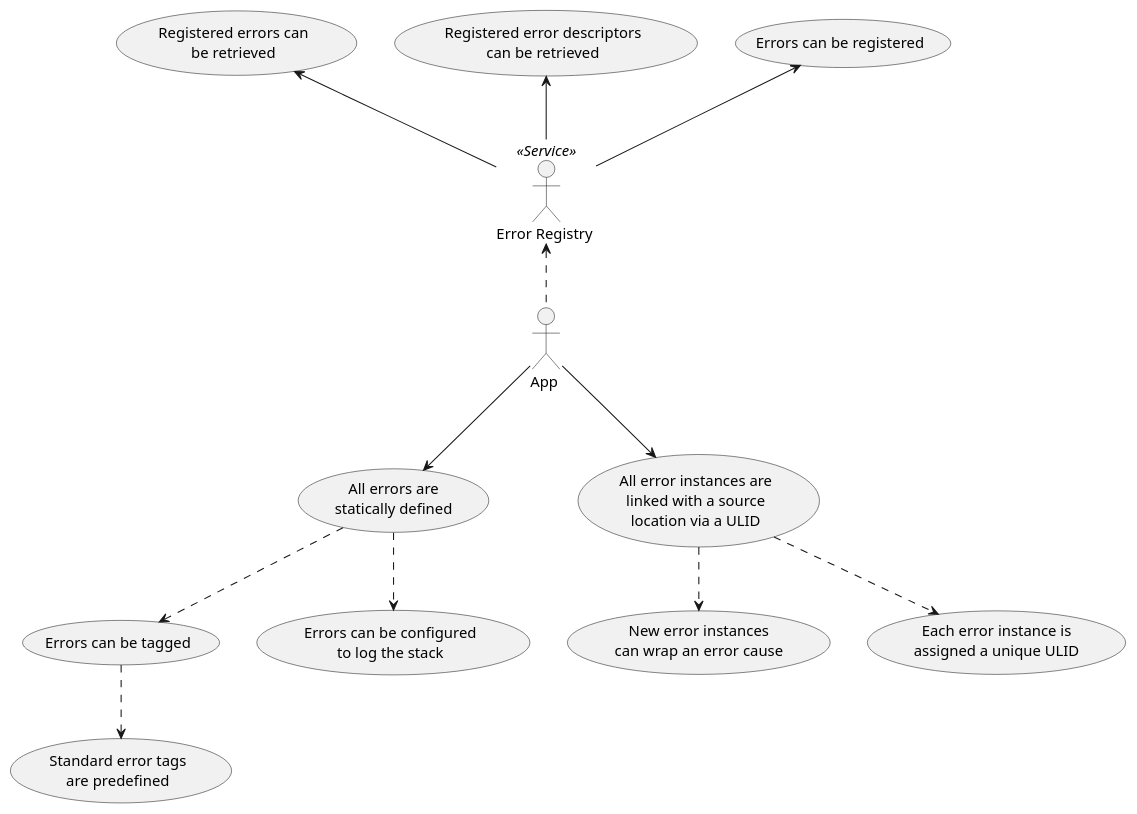
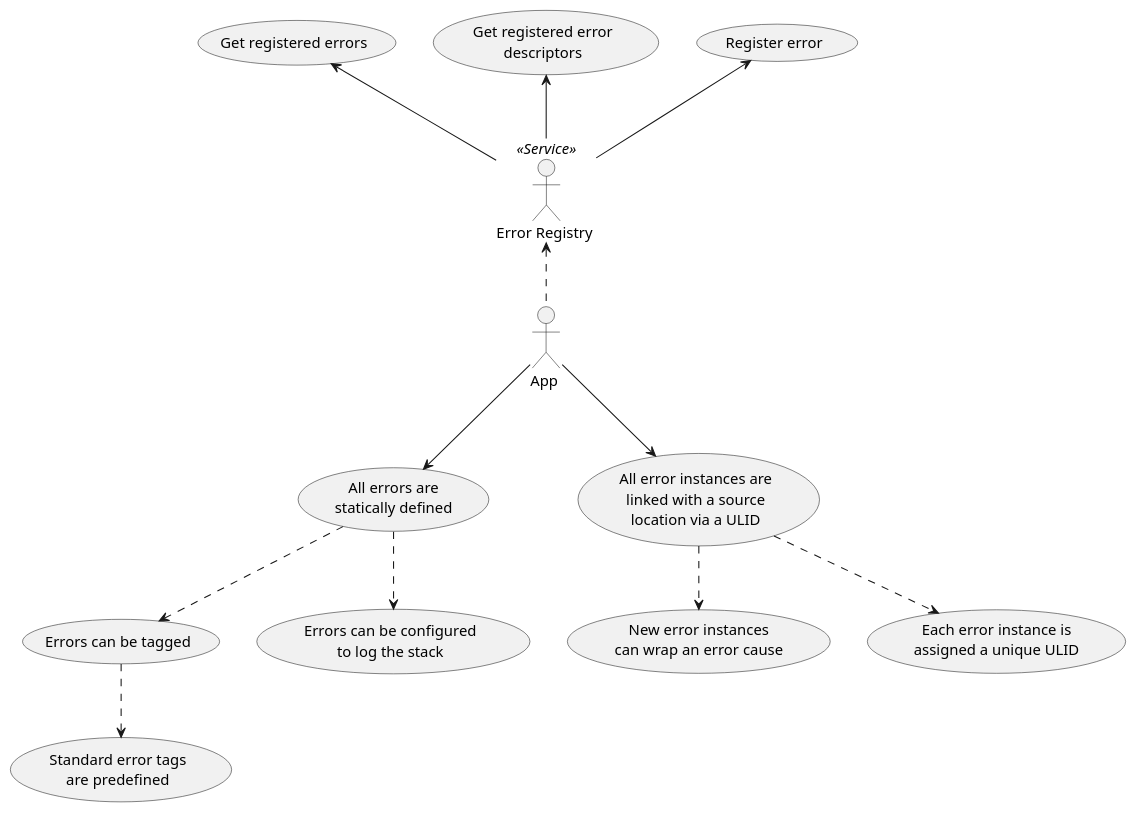
Before and after one commit to oysterpack/andiamo: the diagram in pkg/app/err/usecases.puml, drawn with PlantUML. The commit also changed 14 other files, not shown here.

```diff
--- a/pkg/app/err/usecases.puml
+++ b/pkg/app/err/usecases.puml
@@ -1,57 +1,54 @@
 @startuml
 skinparam usecase {
 	BackgroundColor<< NEW >> DarkSeaGreen
 	BorderColor<< NEW >> YellowGreen
 }
 
 actor :App : as APP
 actor :Error Registry :as ERROR_REGISTRY <<Service>>
 
 usecase STD_ERRORS as "All errors are
 statically defined"
 
 usecase ERR_INSTANCE as "All error instances are
 linked with a source
 location via a ULID"
 
 usecase ERR_TAGS as "Errors can be tagged"
 
 usecase STD_TAGS as "Standard error tags
 are predefined"
 
 usecase ERR_CAUSE as "New error instances
 can wrap an error cause"
 
 usecase ERR_STACK as "Errors can be configured
 to log the stack"
 
 usecase ERR_INSTANCE_ID as "Each error instance is
 assigned a unique ULID"
 
 STD_ERRORS ..> ERR_TAGS
 STD_ERRORS ..> ERR_STACK
 ERR_INSTANCE ..> ERR_CAUSE
 ERR_INSTANCE ..> ERR_INSTANCE_ID
 ERR_TAGS ..> STD_TAGS
 
 APP --> STD_ERRORS
 APP --> ERR_INSTANCE
 
 APP .up.> ERROR_REGISTRY
 
-usecase REGISTER_ERR as "Errors can be registered"
+usecase REGISTER_ERR as "Register error"
 
 usecase LIST_ERR_DESCS as "
-Registered error descriptors
-can be retrieved"
+Get registered error
+descriptors"
 
-usecase LIST_ERRS as "
-Registered errors can
-be retrieved
-"
+usecase LIST_ERRS as "Get registered errors"
 
 ERROR_REGISTRY -up-> REGISTER_ERR
 ERROR_REGISTRY -up-> LIST_ERR_DESCS
 ERROR_REGISTRY -up-> LIST_ERRS
 
 @enduml
```
